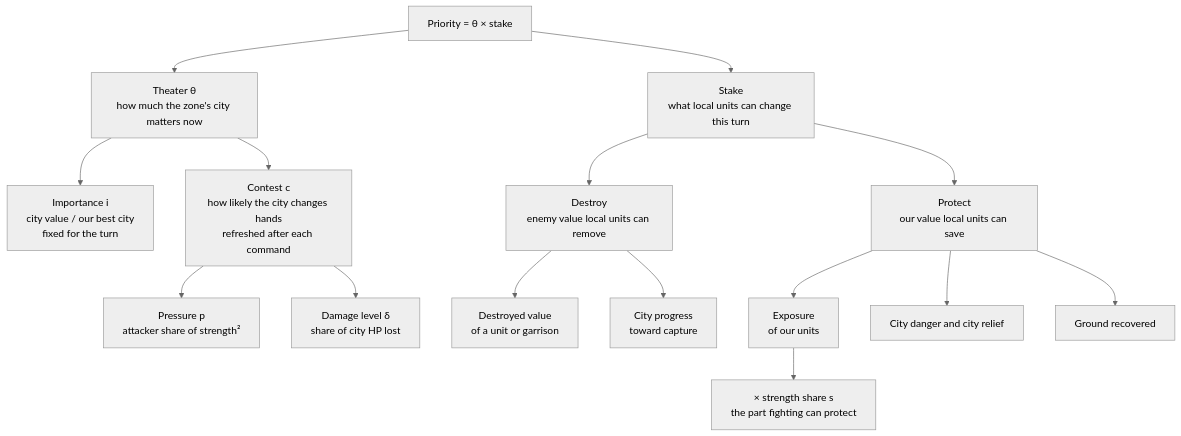
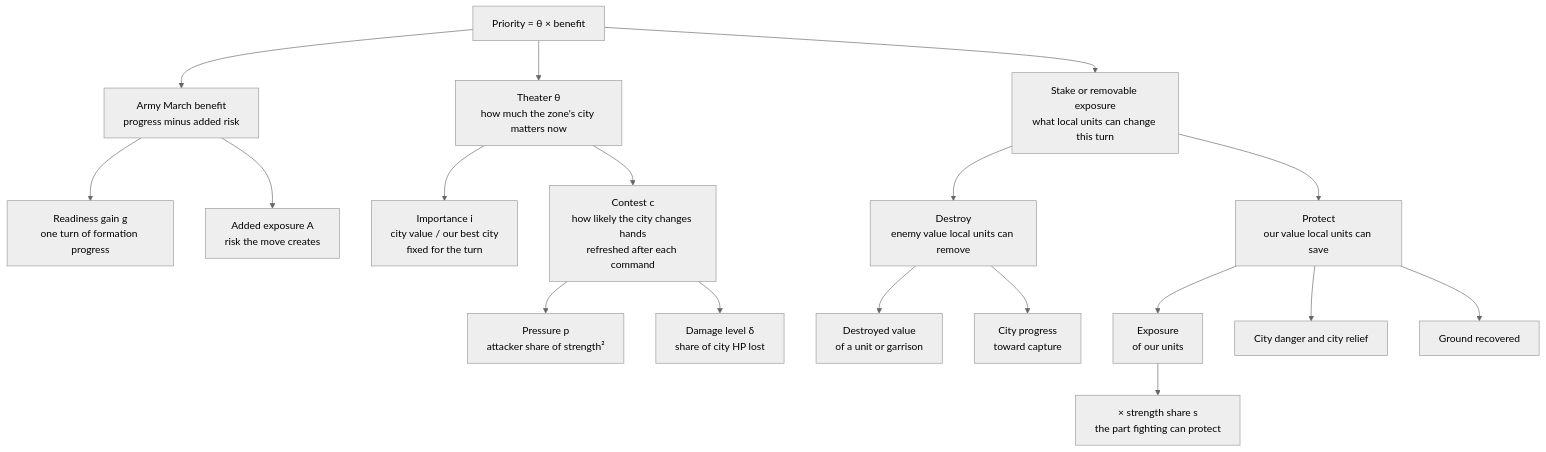
One commit to vox-deorum/vox-deorum changed the first of 2 diagrams in docs/developers/civ5-dll/unit-ai/commands/value.md. Above: the diagram before and after it, drawn with Mermaid (neutral theme). The commit also changed other lines of this file and 12 other files, not shown here.

````diff
--- a/docs/developers/civ5-dll/unit-ai/commands/value.md
+++ b/docs/developers/civ5-dll/unit-ai/commands/value.md
@@ -5,18 +5,21 @@
 ```mermaid
 flowchart TD
-    P["Priority = θ × stake"]
+    P["Priority = θ × benefit"]
     P --> T["Theater θ<br/>how much the zone's city matters now"]
-    P --> S["Stake<br/>what local units can change this turn"]
+    P --> S["Stake or removable exposure<br/>what local units can change this turn"]
+    P --> M["Army March benefit<br/>progress minus added risk"]
+    M --> GA["Readiness gain g<br/>one turn of formation progress"]
+    M --> RA["Added exposure A<br/>risk the move creates"]
     T --> I["Importance i<br/>city value / our best city<br/>fixed for the turn"]
     T --> C["Contest c<br/>how likely the city changes hands<br/>refreshed after each command"]
     C --> PR["Pressure p<br/>attacker share of strength²"]
     C --> DM["Damage level δ<br/>share of city HP lost"]
     S --> DE["Destroy<br/>enemy value local units can remove"]
     S --> PT["Protect<br/>our value local units can save"]
     DE --> K["Destroyed value<br/>of a unit or garrison"]
     DE --> CP["City progress<br/>toward capture"]
     PT --> EX["Exposure<br/>of our units"]
     EX --> EXS["× strength share s<br/>the part fighting can protect"]
     PT --> CR["City danger and city relief"]
     PT --> GR["Ground recovered"]
 ```
````
